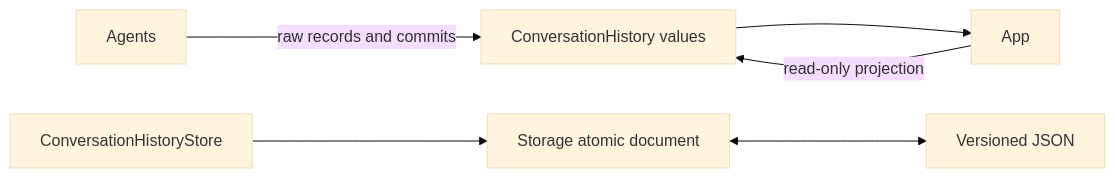
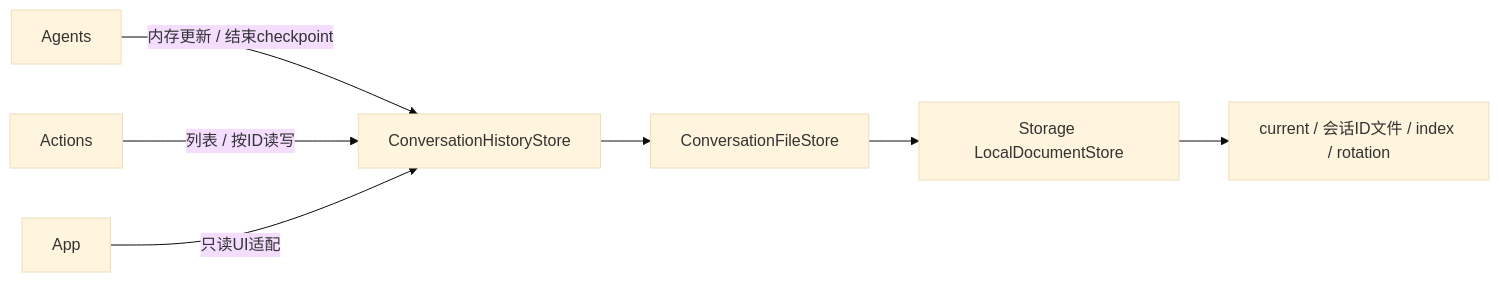
Before and after one commit to devilyouwei/MobileHarness: the diagram in MobileHarness/Storage/Chat/README.md, drawn with Mermaid (base theme). The commit also changed other lines of this file and 108 other files, not shown here.

First line of the commit message:
refactor: split conversation storage and refine history UI

````diff
--- a/MobileHarness/Storage/Chat/README.md
+++ b/MobileHarness/Storage/Chat/README.md
@@ -15,8 +9,9 @@
 ```mermaid
 flowchart LR
- Agents -->|raw records and commits| Schemas[ConversationHistory values]
- Journal[ConversationHistoryStore] --> Document[Storage atomic document]
- App -->|read-only projection| Schemas
- Schemas --> App
- Document <--> Disk[Versioned JSON]
+ Agents -->|内存更新 / 结束checkpoint| Store[ConversationHistoryStore]
+ Store --> Files[ConversationFileStore]
+ Files --> Documents[Storage LocalDocumentStore]
+ Documents --> Disk[current / 会话ID文件 / index / rotation]
+ Actions -->|列表 / 按ID读写| Store
+ App -->|只读UI适配| Store
 ```
````
